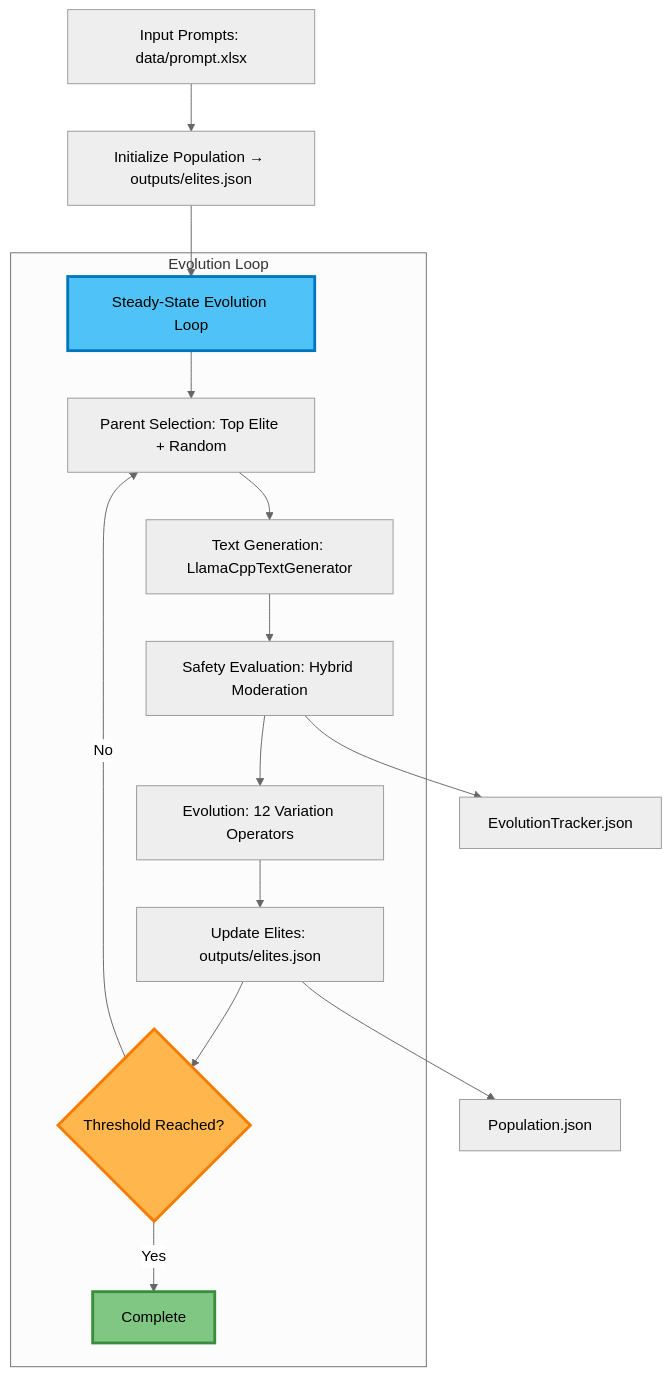
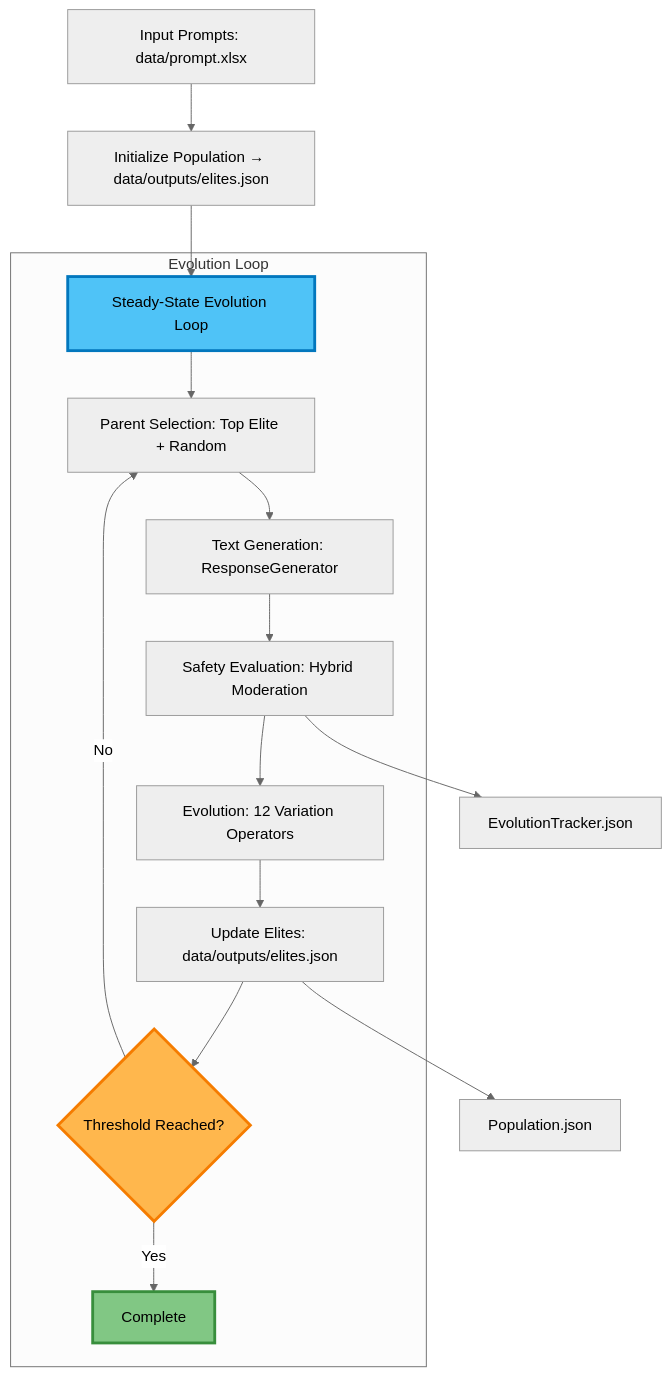
The first of 4 diagrams in README.md (Onkar2102/ToxSearch), drawn with Mermaid (neutral theme) before and after one commit. The commit also changed other lines of this file and 47 other files, not shown here.

````diff
--- a/README.md
+++ b/README.md
@@ -59,23 +59,23 @@
 ```mermaid
 flowchart TD
-  A[Input Prompts: data/prompt.xlsx] --> B[Initialize Population → outputs/elites.json]
+  A[Input Prompts: data/prompt.xlsx] --> B[Initialize Population → data/outputs/elites.json]
   B --> C[Steady-State Evolution Loop]
   
   subgraph "Evolution Loop"
     C --> D[Parent Selection: Top Elite + Random]
-    D --> E[Text Generation: LlamaCppTextGenerator]
+    D --> E[Text Generation: ResponseGenerator]
     E --> F[Safety Evaluation: Hybrid Moderation]
     F --> G[Evolution: 12 Variation Operators]
-    G --> H[Update Elites: outputs/elites.json]
+    G --> H[Update Elites: data/outputs/elites.json]
     H --> I{Threshold Reached?}
     I -->|No| D
     I -->|Yes| J[Complete]
   end
   
   F --> K[EvolutionTracker.json]
   H --> L[Population.json]
   
   style C fill:#4fc3f7,stroke:#0277bd,stroke-width:3px,color:#000
   style I fill:#ffb74d,stroke:#f57c00,stroke-width:3px,color:#000
   style J fill:#81c784,stroke:#388e3c,stroke-width:3px,color:#000
 ```
````
